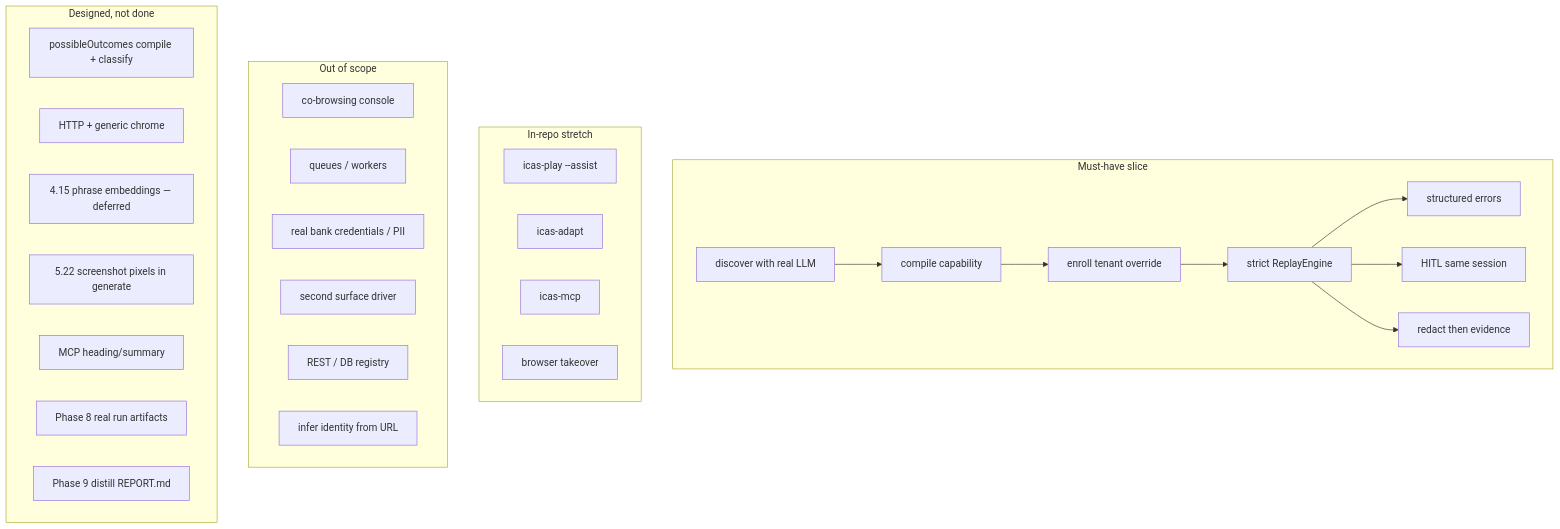
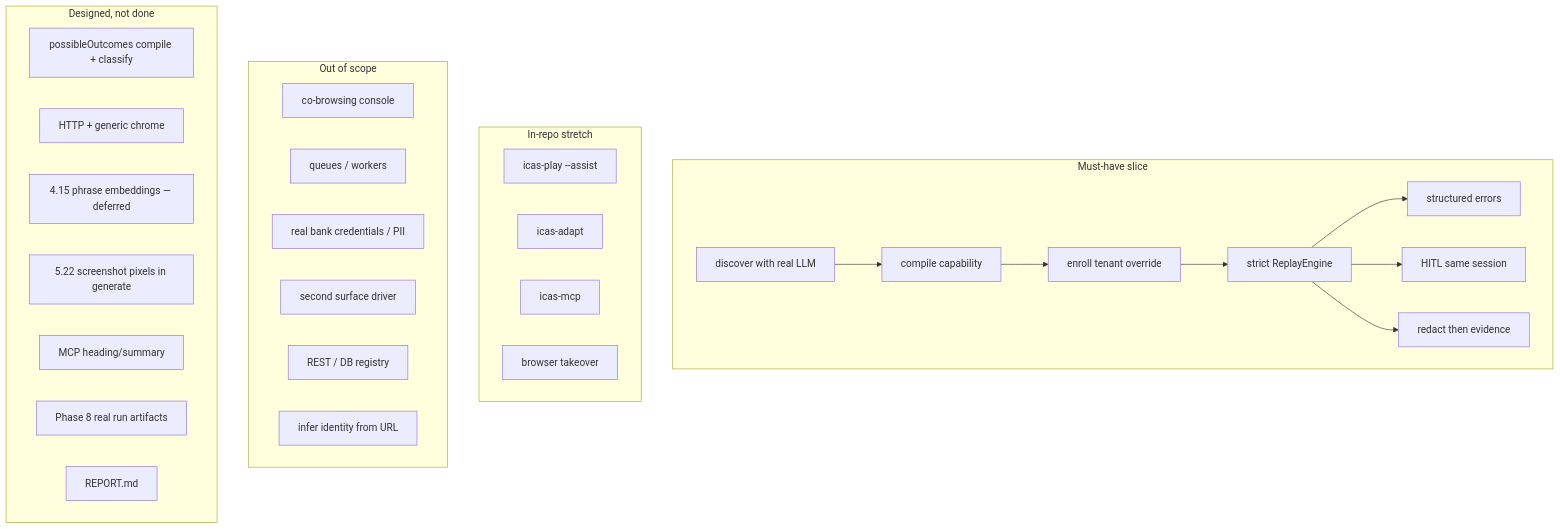
Diagram 17 of 17 in docs/00-system-design.md (ankinelaturu/icas), drawn with Mermaid before and after one commit. The commit also changed other lines of this file and 2 other files, not shown here.

First line of the commit message:
docs(report): distill the seven Interface.AI headings

````diff
--- a/docs/00-system-design.md
+++ b/docs/00-system-design.md
@@ -634,42 +634,42 @@
 ```mermaid
 flowchart TB
   subgraph must["Must-have slice"]
     m1[discover with real LLM]
     m2[compile capability]
     m3[enroll tenant override]
     m4[strict ReplayEngine]
     m5[structured errors]
     m6[HITL same session]
     m7[redact then evidence]
     m1 --> m2 --> m3 --> m4
     m4 --> m5
     m4 --> m6
     m4 --> m7
   end
 
   subgraph stretch["In-repo stretch"]
     s1["icas-play --assist"]
     s2[icas-adapt]
     s3[icas-mcp]
     s4[browser takeover]
   end
 
   subgraph out["Out of scope"]
     o1[co-browsing console]
     o2[queues / workers]
     o3[real bank credentials / PII]
     o4[second surface driver]
     o5[REST / DB registry]
     o6[infer identity from URL]
   end
 
   subgraph remaining["Designed, not done"]
     r1["possibleOutcomes compile + classify"]
     r2["HTTP + generic chrome"]
     r3["4.15 phrase embeddings — deferred"]
     r4["5.22 screenshot pixels in generate"]
     r5["MCP heading/summary"]
     r6["Phase 8 real run artifacts"]
-    r7["Phase 9 distill REPORT.md"]
+    r7["REPORT.md"]
   end
 ```
````
